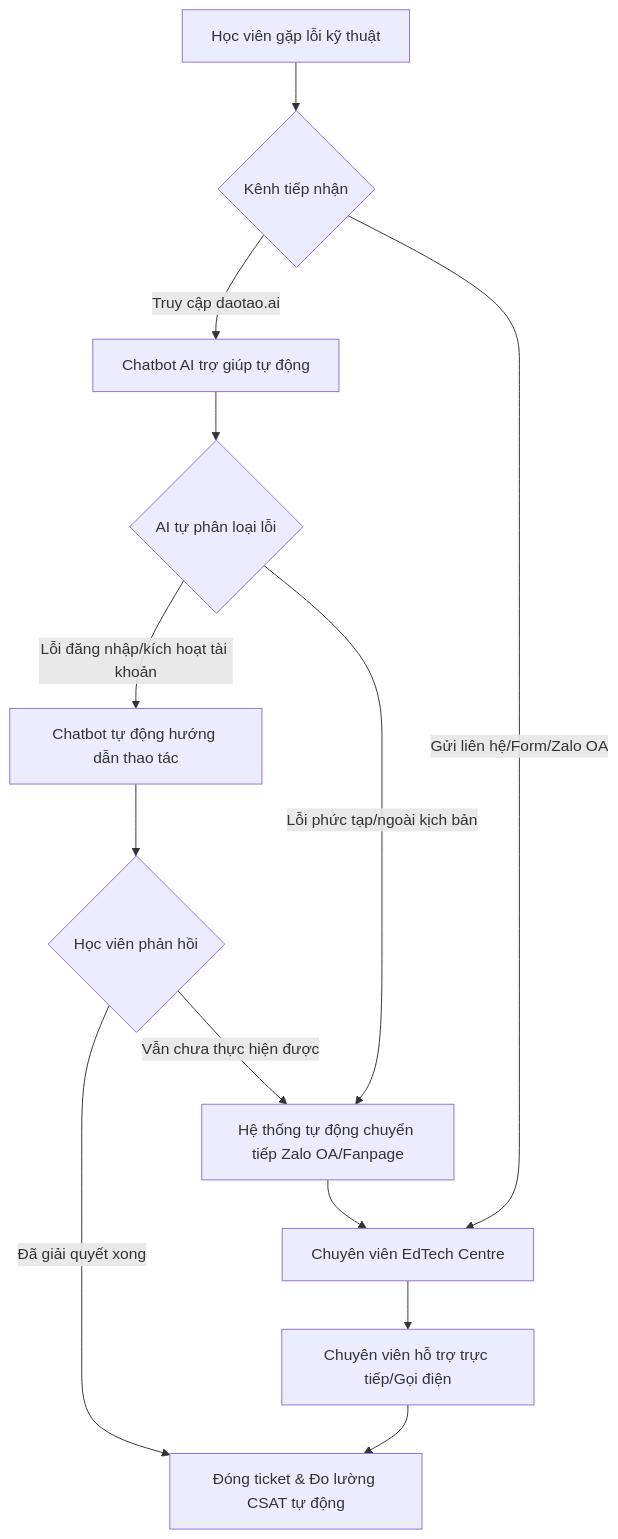
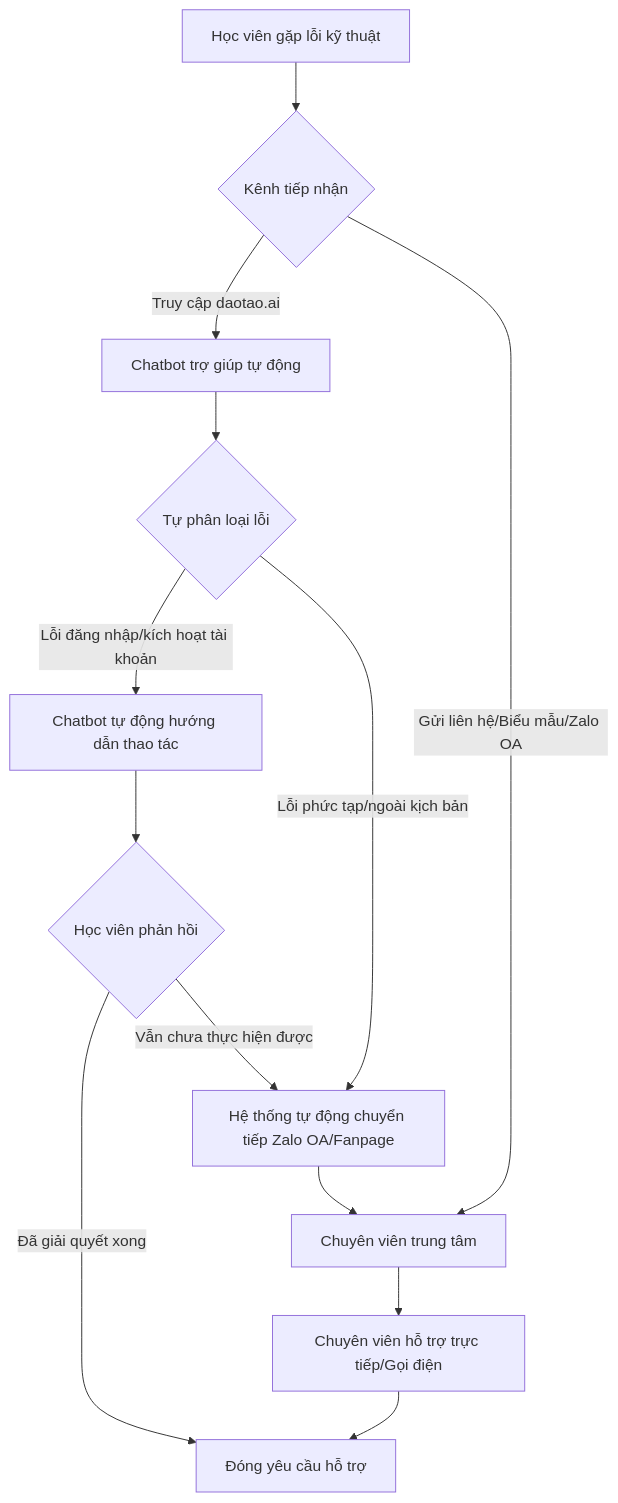
Before and after one commit to hungs1609/nguyenlh: the diagram in khoahoctruyenthong/san_pham_giao_nop/bao_cao/11_phu_luc.md, drawn with Mermaid. The commit also changed other lines of this file and 29 other files, not shown here.

````diff
--- a/khoahoctruyenthong/san_pham_giao_nop/bao_cao/11_phu_luc.md
+++ b/khoahoctruyenthong/san_pham_giao_nop/bao_cao/11_phu_luc.md
@@ -7,18 +7,18 @@
 ```mermaid
 graph TD
     A[Học viên gặp lỗi kỹ thuật] --> B{Kênh tiếp nhận}
-    B -- Truy cập daotao.ai --> C[Chatbot AI trợ giúp tự động]
-    B -- Gửi liên hệ/Form/Zalo OA --> D[Chuyên viên EdTech Centre]
+    B -- Truy cập daotao.ai --> C[Chatbot trợ giúp tự động]
+    B -- Gửi liên hệ/Biểu mẫu/Zalo OA --> D[Chuyên viên trung tâm]
     
-    C --> E{AI tự phân loại lỗi}
+    C --> E{Tự phân loại lỗi}
     E -- Lỗi đăng nhập/kích hoạt tài khoản --> F[Chatbot tự động hướng dẫn thao tác]
     E -- Lỗi phức tạp/ngoài kịch bản --> G[Hệ thống tự động chuyển tiếp Zalo OA/Fanpage]
     
     F --> H{Học viên phản hồi}
-    H -- Đã giải quyết xong --> I[Đóng ticket & Đo lường CSAT tự động]
+    H -- Đã giải quyết xong --> I[Đóng yêu cầu hỗ trợ]
     H -- Vẫn chưa thực hiện được --> G
     
     G --> D
     D --> J[Chuyên viên hỗ trợ trực tiếp/Gọi điện]
     J --> I
 ```
````
